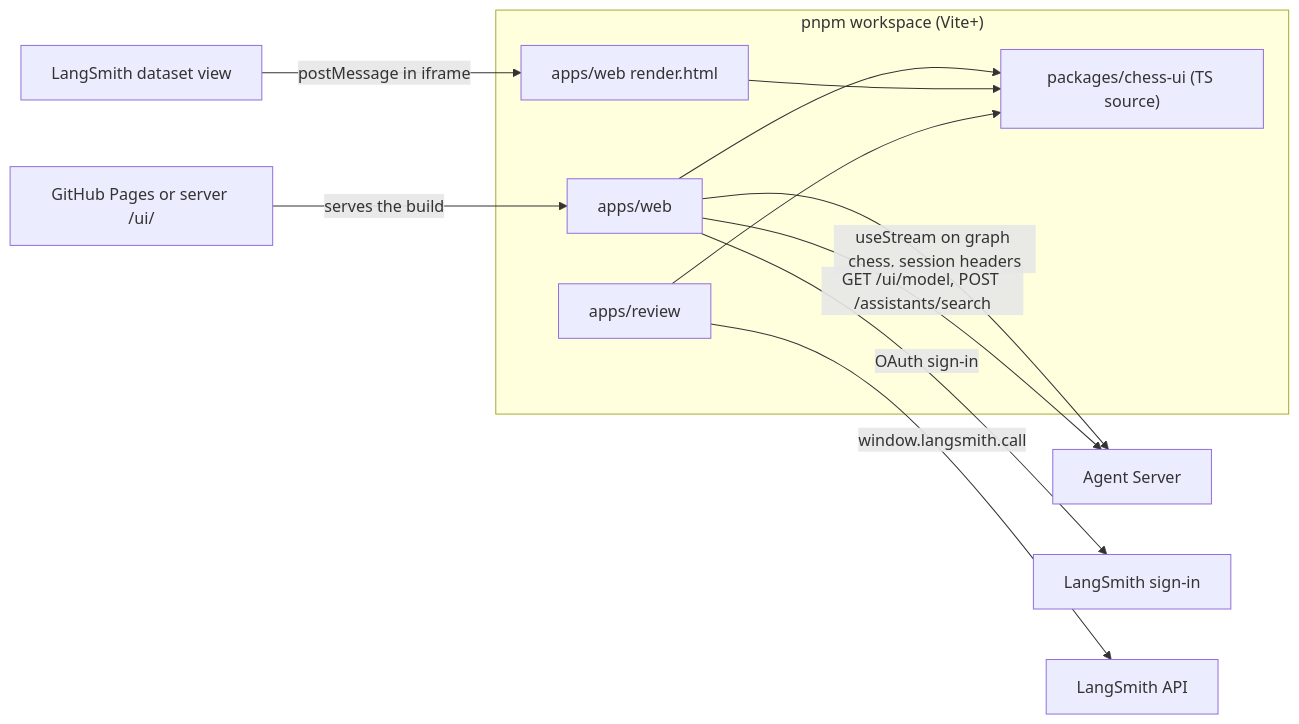
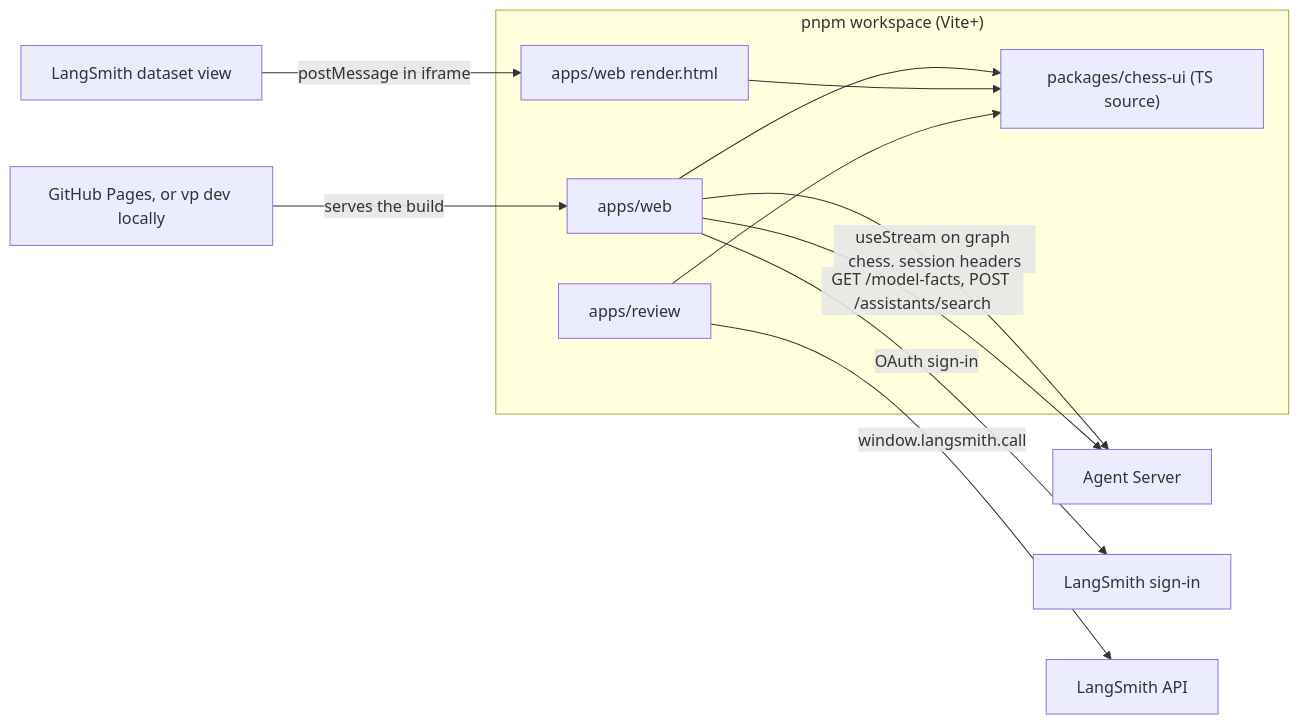
One commit to darieldatoon/langchain-chess changed the first of 5 diagrams in openwiki/architecture/web-frontends.md. Above: the diagram before and after it, drawn with Mermaid. The commit also changed other lines of this file and 46 other files, not shown here.

````diff
--- a/openwiki/architecture/web-frontends.md
+++ b/openwiki/architecture/web-frontends.md
@@ -147,18 +149,18 @@
 ```mermaid
 flowchart LR
   subgraph Workspace["pnpm workspace (Vite+)"]
     Web["apps/web"]
     Render["apps/web render.html"]
     Review["apps/review"]
     UI["packages/chess-ui (TS source)"]
   end
   Web -->|"useStream on graph chess, session headers"| AS["Agent Server"]
-  Web -->|"GET /ui/model, POST /assistants/search"| AS
+  Web -->|"GET /model-facts, POST /assistants/search"| AS
   Web -->|"OAuth sign-in"| LSO["LangSmith sign-in"]
-  Pages["GitHub Pages or server /ui/"] -->|"serves the build"| Web
+  Pages["GitHub Pages, or vp dev locally"] -->|"serves the build"| Web
   LSR["LangSmith dataset view"] -->|"postMessage in iframe"| Render
   Review -->|"window.langsmith.call"| LS["LangSmith API"]
   Web --> UI
   Render --> UI
   Review --> UI
 ```
````
